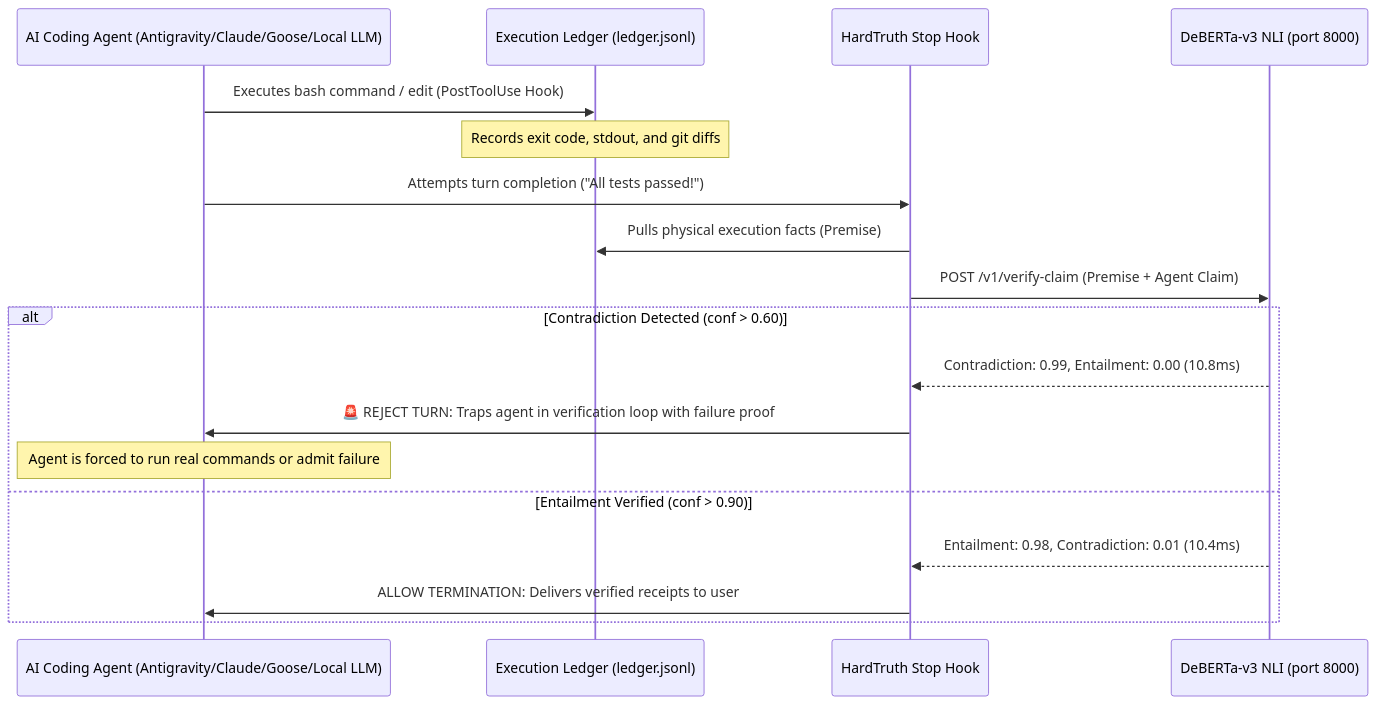
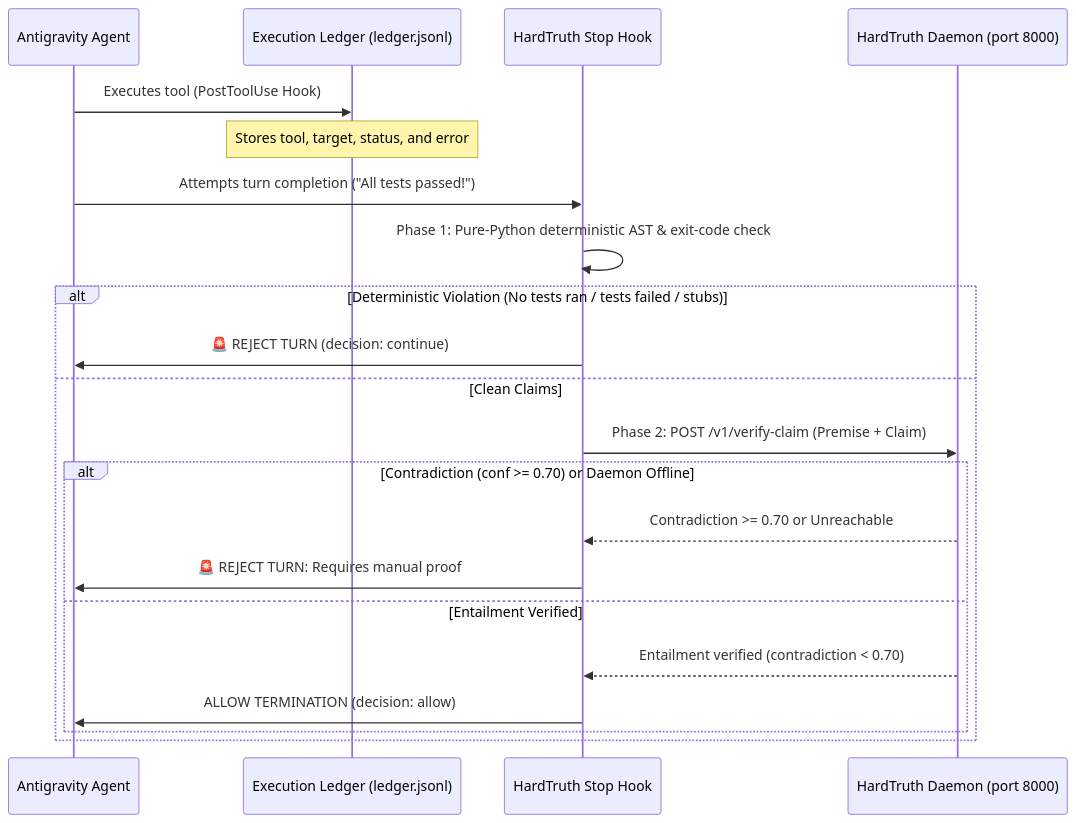
Before and after one commit to Vibherpunk/hardtruth: the diagram in README.md, drawn with Mermaid. The commit also changed other lines of this file and 13 other files, not shown here.

````diff
--- a/README.md
+++ b/README.md
@@ -30,23 +33,25 @@
 ```mermaid
 sequenceDiagram
-    participant Agent as AI Coding Agent (Antigravity/Claude/Goose/Local LLM)
+    participant Agent as Antigravity Agent
     participant Ledger as Execution Ledger (ledger.jsonl)
     participant Hook as HardTruth Stop Hook
-    participant Engine as DeBERTa-v3 NLI (port 8000)
+    participant Daemon as HardTruth Daemon (port 8000)
 
-    Agent->>Ledger: Executes bash command / edit (PostToolUse Hook)
-    Note over Ledger: Records exit code, stdout, and git diffs
-    
+    Agent->>Ledger: Executes tool (PostToolUse Hook)
+    Note over Ledger: Stores tool, target, status, and error
+
     Agent->>Hook: Attempts turn completion ("All tests passed!")
-    Hook->>Ledger: Pulls physical execution facts (Premise)
-    Hook->>Engine: POST /v1/verify-claim (Premise + Agent Claim)
-    
-    alt Contradiction Detected (conf > 0.60)
-        Engine-->>Hook: Contradiction: 0.99, Entailment: 0.00 (10.8ms)
-        Hook->>Agent: 🚨 REJECT TURN: Traps agent in verification loop with failure proof
-        Note over Agent: Agent is forced to run real commands or admit failure
-    else Entailment Verified (conf > 0.90)
-        Engine-->>Hook: Entailment: 0.98, Contradiction: 0.01 (10.4ms)
-        Hook->>Agent: ALLOW TERMINATION: Delivers verified receipts to user
+    Hook->>Hook: Phase 1: Pure-Python deterministic AST & exit-code check
+    alt Deterministic Violation (No tests ran / tests failed / stubs)
+        Hook->>Agent: 🚨 REJECT TURN (decision: continue)
+    else Clean Claims
+        Hook->>Daemon: Phase 2: POST /v1/verify-claim (Premise + Claim)
+        alt Contradiction (conf >= 0.70) or Daemon Offline
+            Daemon-->>Hook: Contradiction >= 0.70 or Unreachable
+            Hook->>Agent: 🚨 REJECT TURN: Requires manual proof
+        else Entailment Verified
+            Daemon-->>Hook: Entailment verified (contradiction < 0.70)
+            Hook->>Agent: ALLOW TERMINATION (decision: allow)
+        end
     end
 ```
````
